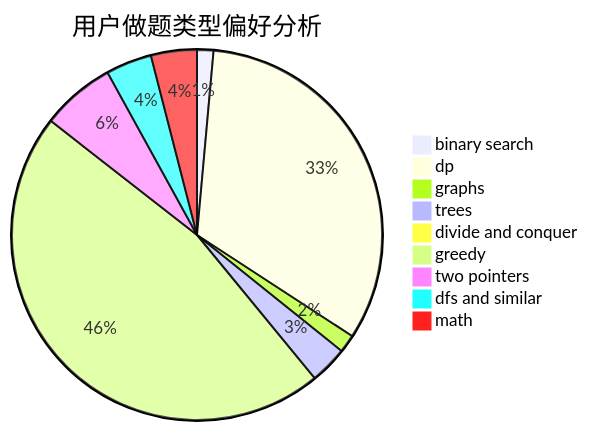
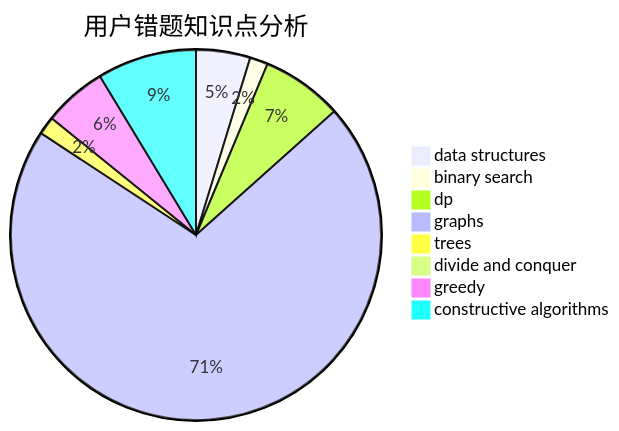
Before and after one commit to sherpahu/cfrs.github.io: the third of 3 diagrams in docs/user/u1199.md, drawn with Mermaid. The commit also changed other lines of this file and 2775 other files, not shown here.

````diff
--- a/docs/user/u1199.md
+++ b/docs/user/u1199.md
@@ -23,12 +36,11 @@
 ```mermaid
-pie title 用户做题类型偏好分析
-    "binary search" :  10
-    "dp" :  229
-    "graphs" :  11
-    "trees" :  23
-    "divide and conquer" :  2
-    "greedy" :  325
-    "two pointers" :  45
-    "dfs and similar" :  28
-    "math" :  28
+pie title 用户错题知识点分析
+    "data structures" :  6
+    "binary search" :  2
+    "dp" :  9
+    "graphs" :  90
+    "trees" :  2
+    "divide and conquer" :  0
+    "greedy" :  7
+    "constructive algorithms" :  11
 ```
````
